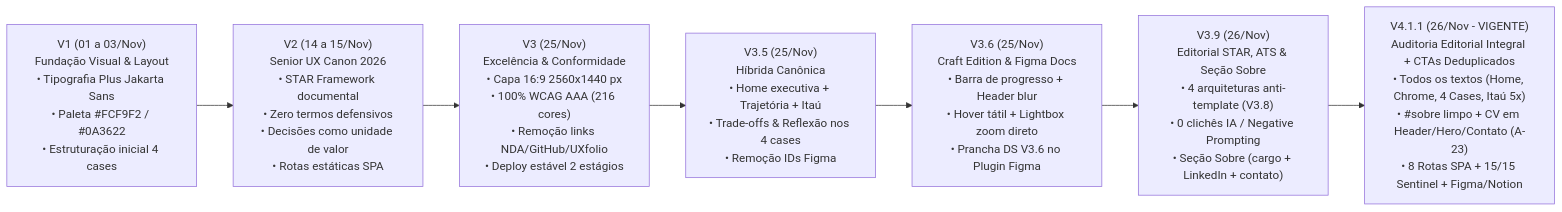
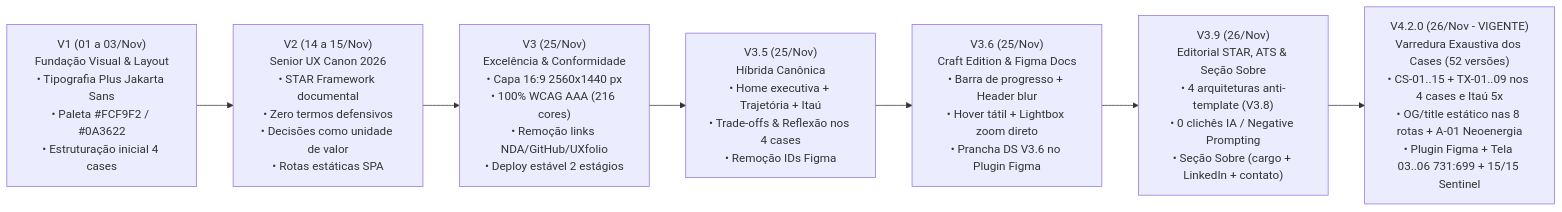
The diagram in docs/INDEX_GOVERNANCA_E_DECISOES.md (israelfull-commits/portfolio), drawn with Mermaid before and after one commit. The commit also changed other lines of this file and 11 other files, not shown here.

Commit message:
feat(v4.2.0): exhaustive case copy audit (52 versions), full CS-01..15/TX-01..09 compliance, static per-route OG/meta, Figma 731:699 & plugin 1:1 sync

````diff
--- a/docs/INDEX_GOVERNANCA_E_DECISOES.md
+++ b/docs/INDEX_GOVERNANCA_E_DECISOES.md
@@ -15,11 +15,11 @@
 ```mermaid
 flowchart LR
     V1["V1 (01 a 03/Nov)<br>Fundação Visual & Layout<br>• Tipografia Plus Jakarta Sans<br>• Paleta #FCF9F2 / #0A3622<br>• Estruturação inicial 4 cases"]
     V2["V2 (14 a 15/Nov)<br>Senior UX Canon 2026<br>• STAR Framework documental<br>• Zero termos defensivos<br>• Decisões como unidade de valor<br>• Rotas estáticas SPA"]
     V3["V3 (25/Nov)<br>Excelência & Conformidade<br>• Capa 16:9 2560x1440 px<br>• 100% WCAG AAA (216 cores)<br>• Remoção links NDA/GitHub/UXfolio<br>• Deploy estável 2 estágios"]
     V35["V3.5 (25/Nov)<br>Híbrida Canônica<br>• Home executiva + Trajetória + Itaú<br>• Trade-offs & Reflexão nos 4 cases<br>• Remoção IDs Figma"]
     V36["V3.6 (25/Nov)<br>Craft Edition & Figma Docs<br>• Barra de progresso + Header blur<br>• Hover tátil + Lightbox zoom direto<br>• Prancha DS V3.6 no Plugin Figma"]
     V39["V3.9 (26/Nov)<br>Editorial STAR, ATS & Seção Sobre<br>• 4 arquiteturas anti-template (V3.8)<br>• 0 clichês IA / Negative Prompting<br>• Seção Sobre (cargo + LinkedIn + contato)"]
-    V310["V4.1.1 (26/Nov - VIGENTE)<br>Auditoria Editorial Integral + CTAs Deduplicados<br>• Todos os textos (Home, Chrome, 4 Cases, Itaú 5x)<br>• #sobre limpo + CV em Header/Hero/Contato (A-23)<br>• 8 Rotas SPA + 15/15 Sentinel + Figma/Notion"]
+    V310["V4.2.0 (26/Nov - VIGENTE)<br>Varredura Exaustiva dos Cases (52 versões)<br>• CS-01..15 + TX-01..09 nos 4 cases e Itaú 5x<br>• OG/title estático nas 8 rotas + A-01 Neoenergia<br>• Plugin Figma + Tela 03..06 731:699 + 15/15 Sentinel"]
     V1 --> V2 --> V3 --> V35 --> V36 --> V39 --> V310
 ```
````
